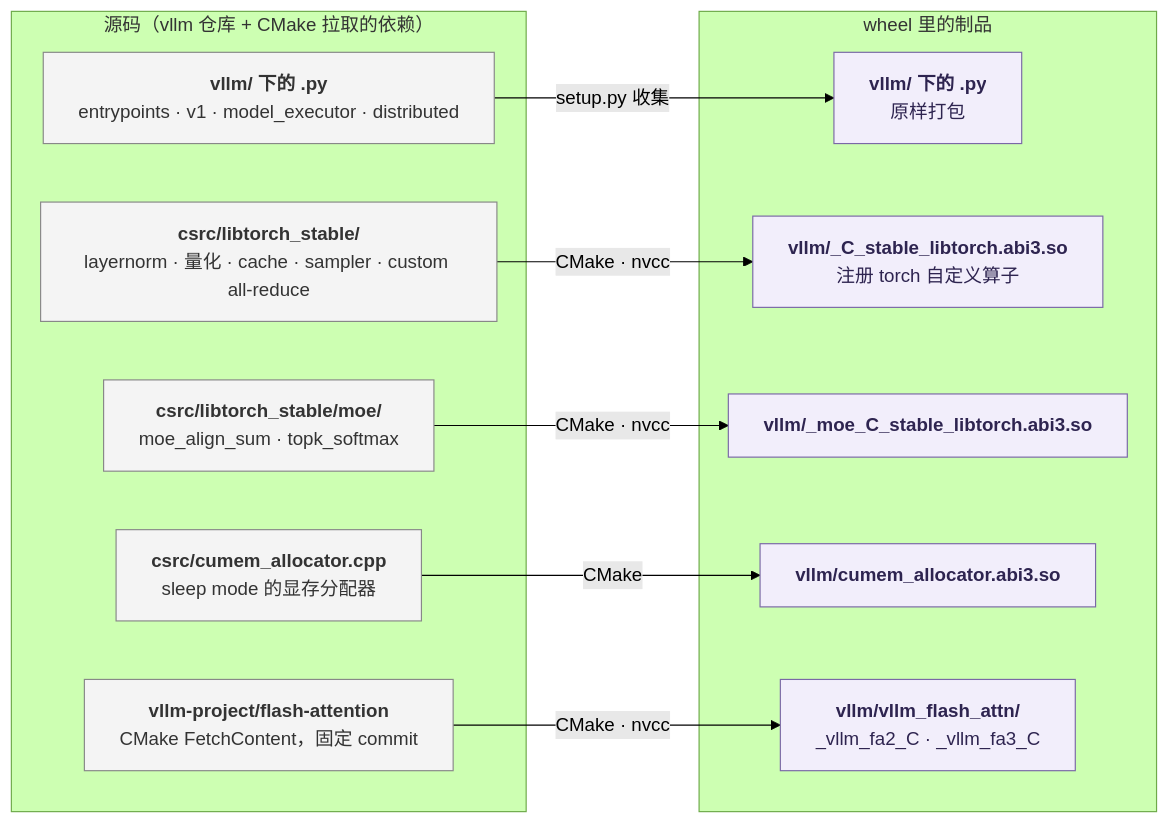
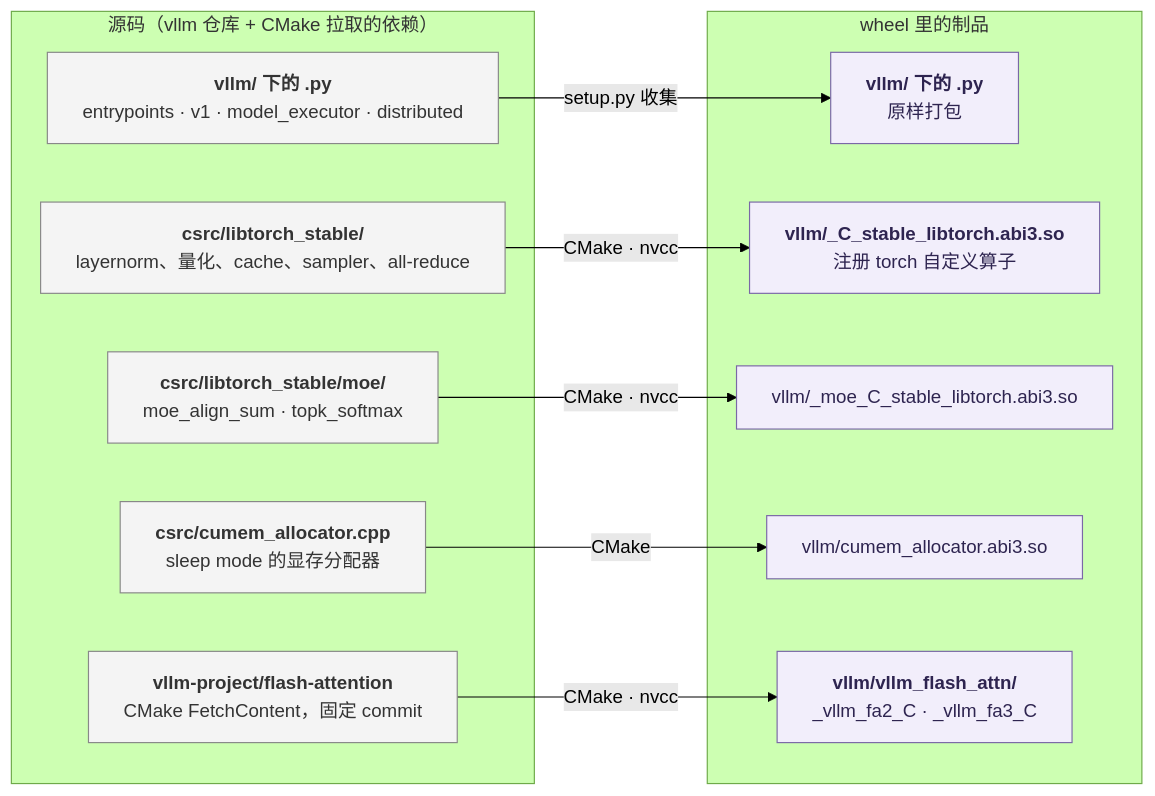
Before and after one commit to arganzheng/arganzheng.github.com: the seventh of 9 diagrams in slides/2026-08-25-deep-dive-into-vllm.md, drawn with Mermaid (forest theme). The commit also changed other lines of this file and 3 other files, not shown here.

First line of the commit message:
为什么 LLM Serving 难（01）：请求流程图与 Prefill/Decode 数据流图改为 Mermaid，时间线箭头接上方框；幻灯片同步

````diff
--- a/slides/2026-08-25-deep-dive-into-vllm.md
+++ b/slides/2026-08-25-deep-dive-into-vllm.md
@@ -240,28 +278,28 @@
 ```mermaid
-%%{init: {"flowchart": {"wrappingWidth": 330}}}%%
+%%{init: {"flowchart": {"wrappingWidth": 480}}}%%
 %% 图：vLLM v0.27.1（CUDA）的源码与 wheel 制品：Python 源码原样打包，csrc 与 FlashAttention 经 CMake 编译成扩展模块
 flowchart LR
     subgraph SRC["源码（vllm 仓库 + CMake 拉取的依赖）"]
         PY["<b>vllm/ 下的 .py</b><br/>entrypoints · v1 · model_executor · distributed"]
-        CS["<b>csrc/libtorch_stable/</b><br/>layernorm · 量化 · cache · sampler · custom all-reduce"]
+        CS["<b>csrc/libtorch_stable/</b><br/>layernorm、量化、cache、sampler、all-reduce"]
         CM["<b>csrc/libtorch_stable/moe/</b><br/>moe_align_sum · topk_softmax"]
         CA["<b>csrc/cumem_allocator.cpp</b><br/>sleep mode 的显存分配器"]
         FA["<b>vllm-project/flash-attention</b><br/>CMake FetchContent，固定 commit"]
     end
     subgraph WHL["wheel 里的制品"]
         W1["<b>vllm/ 下的 .py</b><br/>原样打包"]
         W2["<b>vllm/_C_stable_libtorch.abi3.so</b><br/>注册 torch 自定义算子"]
-        W3["<b>vllm/_moe_C_stable_libtorch.abi3.so</b>"]
-        W4["<b>vllm/cumem_allocator.abi3.so</b>"]
+        W3["vllm/_moe_C_stable_libtorch.abi3.so"]
+        W4["vllm/cumem_allocator.abi3.so"]
         W5["<b>vllm/vllm_flash_attn/</b><br/>_vllm_fa2_C · _vllm_fa3_C"]
     end
     PY -->|"setup.py 收集"| W1
     CS -->|"CMake · nvcc"| W2
     CM -->|"CMake · nvcc"| W3
     CA -->|"CMake"| W4
     FA -->|"CMake · nvcc"| W5
     classDef src fill:#f4f4f4,stroke:#888,color:#333
     classDef art fill:#f2eefb,stroke:#7a68a6,color:#2e2450
     class PY,CS,CM,CA,FA src
     class W1,W2,W3,W4,W5 art
 ```
````
